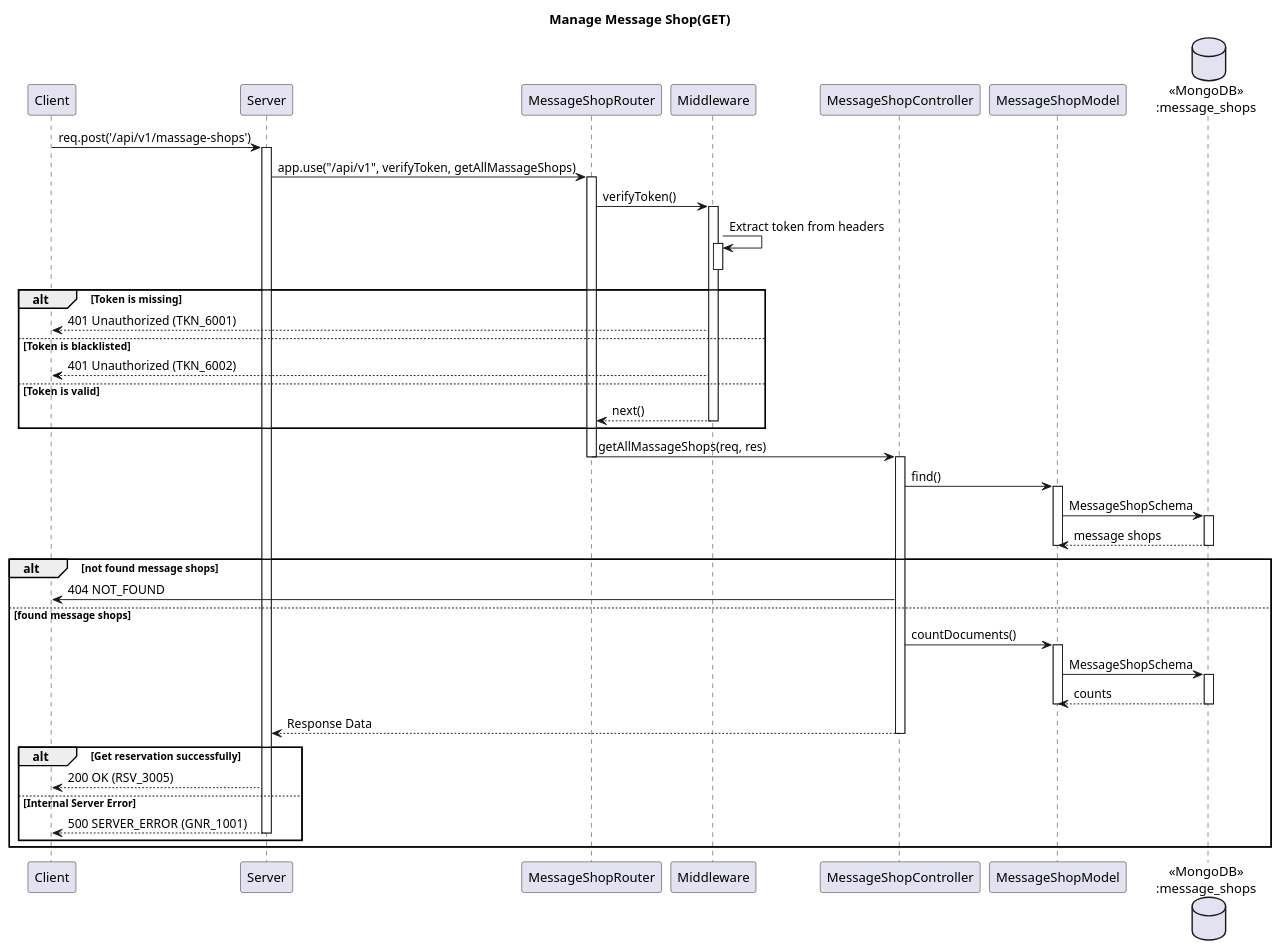
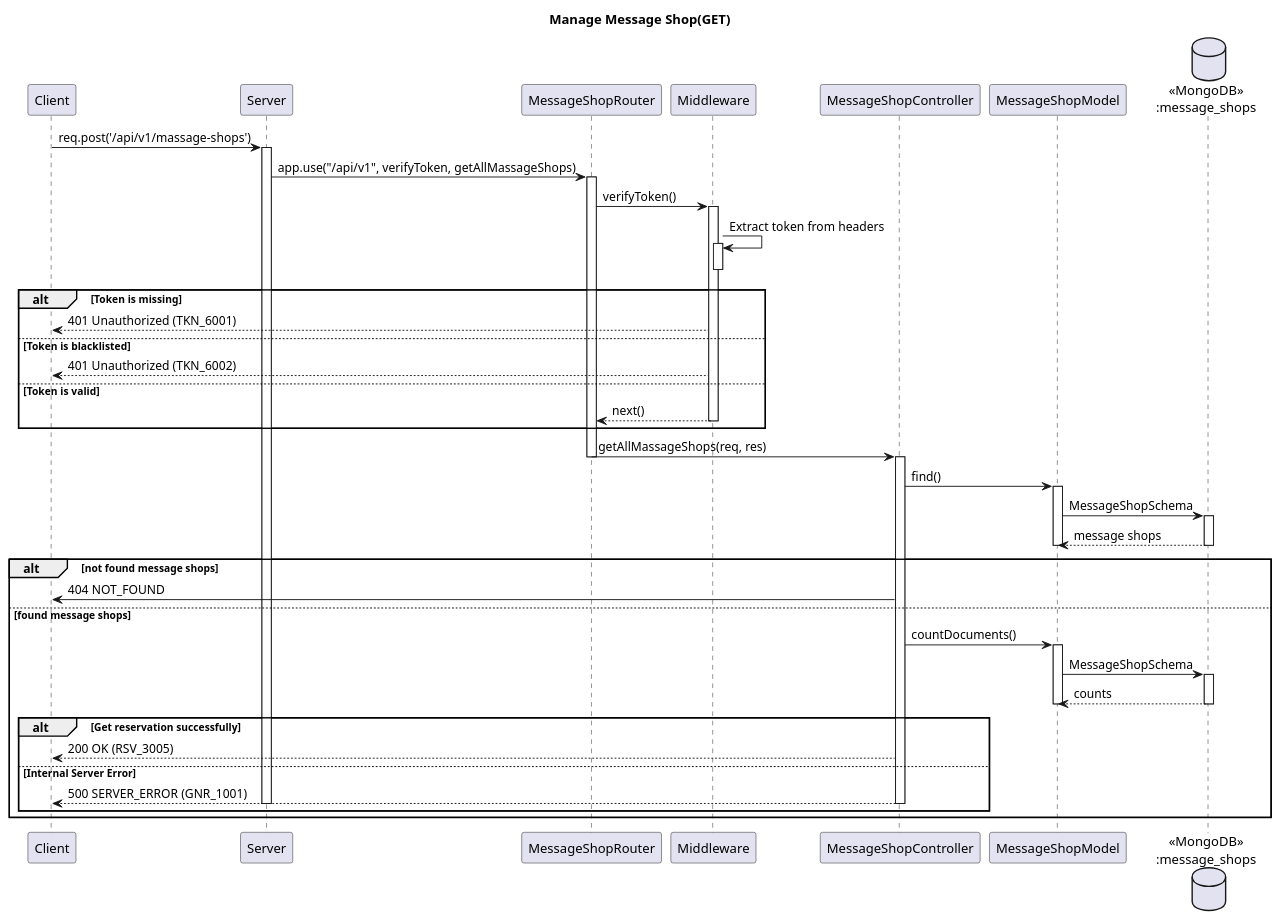
Before and after one commit to mindwua/massage_reservation: the diagram in diagram/message_shops/get_message_shop.puml, drawn with PlantUML. The commit also changed 4 other files, not shown here.

```diff
--- a/diagram/message_shops/get_message_shop.puml
+++ b/diagram/message_shops/get_message_shop.puml
@@ -1,65 +1,66 @@
 @startuml
 
 title "Manage Message Shop(GET)"
 
 participant Client
 participant Server
 participant MessageShopRouter as "MessageShopRouter"
 participant Middleware
 participant MessageShopController as "MessageShopController"
 participant MessageShopModel as "MessageShopModel"
 database "<<MongoDB>>\n:message_shops" as MessageShopDatabase
 
 Client -> Server: req.post('/api/v1/massage-shops')
 activate Server
 Server -> MessageShopRouter: app.use("/api/v1", verifyToken, getAllMassageShops)
 activate MessageShopRouter
 
 MessageShopRouter -> Middleware: verifyToken()
 activate Middleware
 Middleware -> Middleware: Extract token from headers
 activate Middleware
 deactivate Middleware
 
 
 alt Token is missing
     Middleware --> Client: 401 Unauthorized (TKN_6001)
 else Token is blacklisted
     Middleware --> Client: 401 Unauthorized (TKN_6002)
 else Token is valid
     Middleware --> MessageShopRouter: next()
 deactivate Middleware
 end
 
 MessageShopRouter -> MessageShopController: getAllMassageShops(req, res)
 deactivate MessageShopRouter
 activate MessageShopController
 
 MessageShopController -> MessageShopModel: find()
 activate MessageShopModel
 MessageShopModel -> MessageShopDatabase: MessageShopSchema
 activate MessageShopDatabase
 MessageShopDatabase --> MessageShopModel: message shops
 deactivate MessageShopDatabase
 deactivate MessageShopModel
 alt not found message shops
     MessageShopController -> Client: 404 NOT_FOUND
 else found message shops
     MessageShopController -> MessageShopModel: countDocuments()
     activate MessageShopModel
     MessageShopModel -> MessageShopDatabase: MessageShopSchema
     activate MessageShopDatabase
     MessageShopDatabase --> MessageShopModel: counts
     deactivate MessageShopDatabase
     deactivate MessageShopModel
-    MessageShopController --> Server: Response Data
-        deactivate MessageShopController
+    ' MessageShopController --> Server: Response Data
+    ' deactivate MessageShopController
 alt Get reservation successfully
-    Server --> Client: 200 OK (RSV_3005)
+    MessageShopController --> Client: 200 OK (RSV_3005)
 else Internal Server Error   
-    Server --> Client: 500 SERVER_ERROR (GNR_1001)
+    MessageShopController --> Client: 500 SERVER_ERROR (GNR_1001)
     deactivate Server
+    deactivate MessageShopController
 end
 end
 
 @enduml
```
